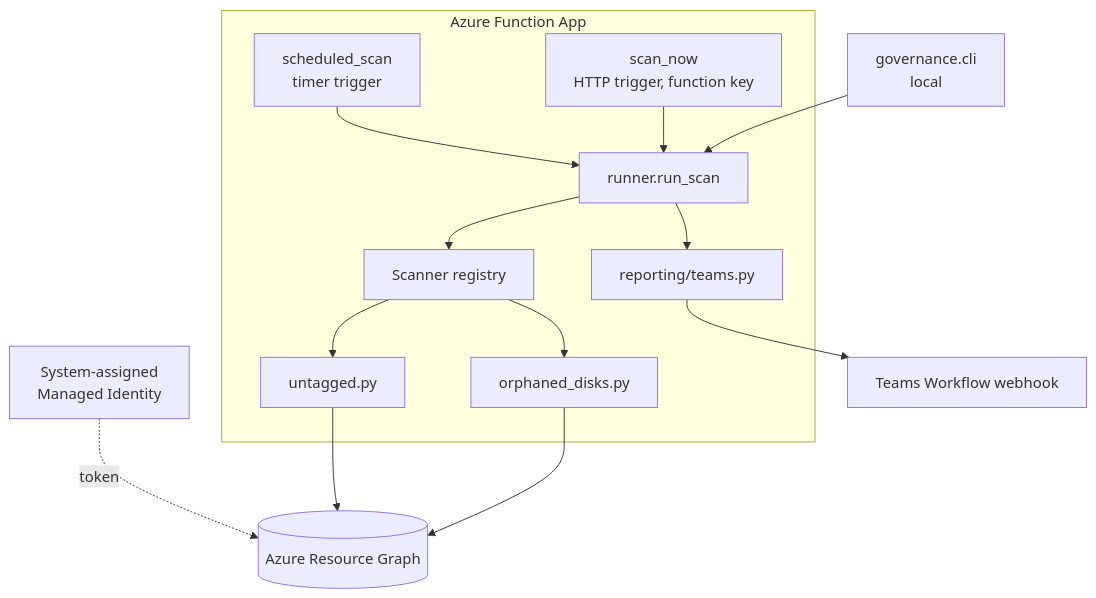
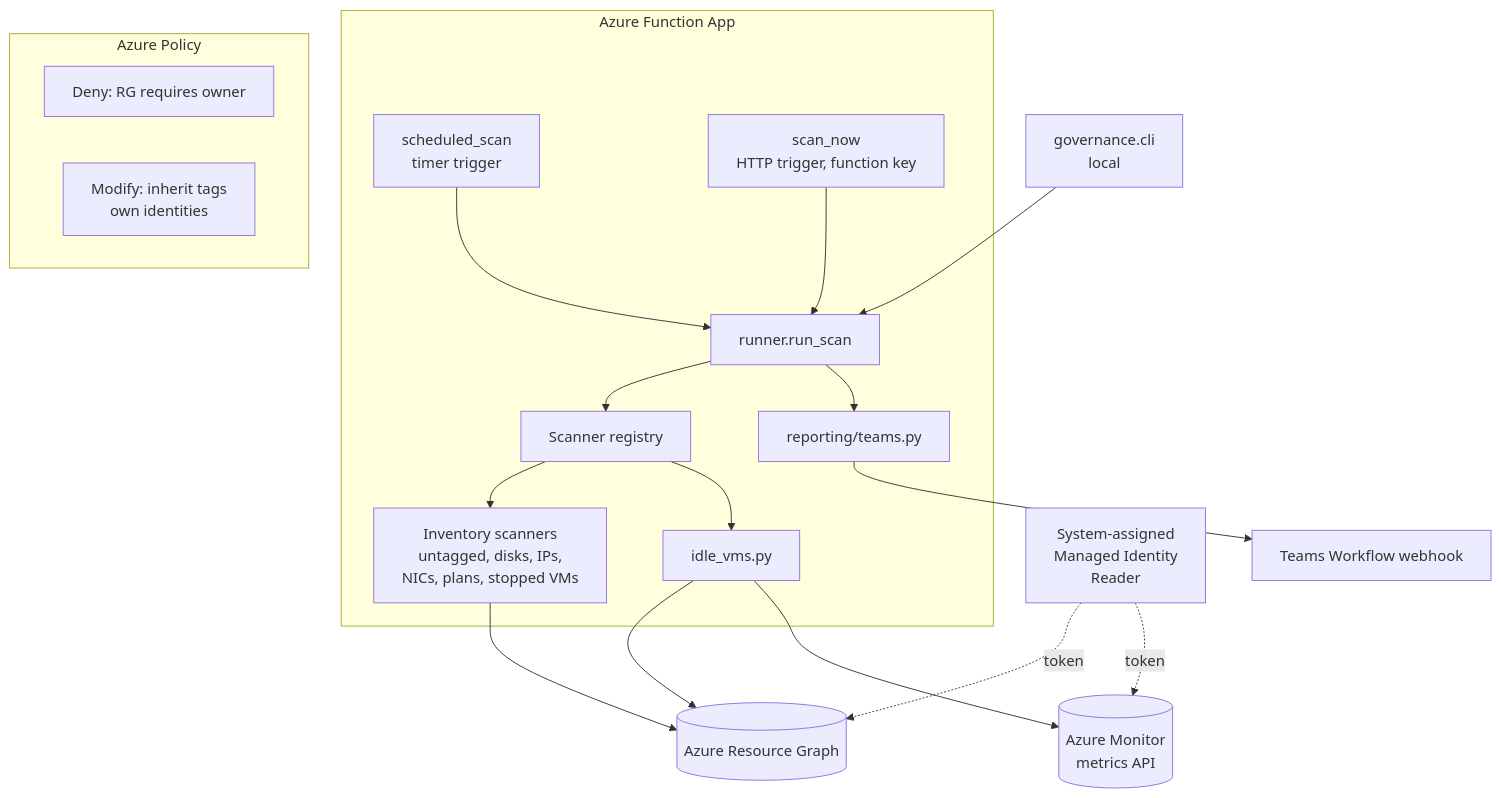
Before and after one commit to yungkolt/azure-governance-bot: the diagram in docs/ARCHITECTURE.md, drawn with Mermaid. The commit also changed other lines of this file and 31 other files, not shown here.

First line of the commit message:
Phase 2: waste detection, idle VMs and Azure Policy enforcement

````diff
--- a/docs/ARCHITECTURE.md
+++ b/docs/ARCHITECTURE.md
@@ -5,16 +5,23 @@
 ```mermaid
 flowchart TB
     subgraph Azure Function App
         TT[scheduled_scan<br/>timer trigger] --> RUN
         HT[scan_now<br/>HTTP trigger, function key] --> RUN
         RUN[runner.run_scan] --> REG[Scanner registry]
-        REG --> S1[untagged.py]
-        REG --> S2[orphaned_disks.py]
+        REG --> SG[Inventory scanners<br/>untagged, disks, IPs,<br/>NICs, plans, stopped VMs]
+        REG --> SI[idle_vms.py]
         RUN --> TEAMS[reporting/teams.py]
     end
-    MI[System-assigned<br/>Managed Identity] -. token .-> ARG
-    S1 --> ARG[(Azure Resource Graph)]
-    S2 --> ARG
+    MI[System-assigned<br/>Managed Identity<br/>Reader] -. token .-> ARG
+    MI -. token .-> MON
+    SG --> ARG[(Azure Resource Graph)]
+    SI --> ARG
+    SI --> MON[(Azure Monitor<br/>metrics API)]
     TEAMS --> WF[Teams Workflow webhook]
     CLI[governance.cli<br/>local] --> RUN
+
+    subgraph Azure Policy
+        DENY[Deny: RG requires owner]
+        MOD[Modify: inherit tags<br/>own identities]
+    end
 ```
````
